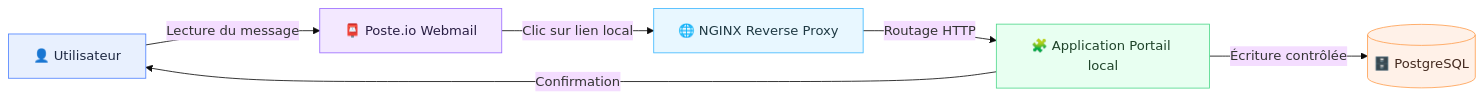
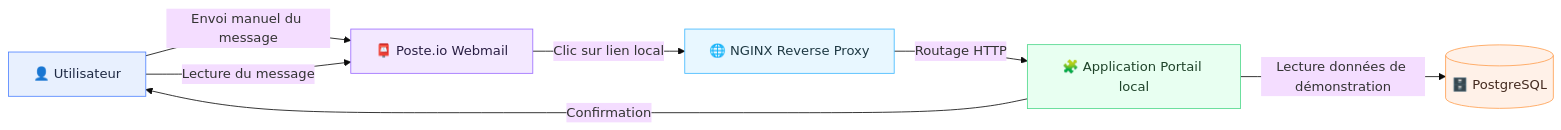
Before and after one commit to Alidrix/L_ATELIER: the first of 2 diagrams in README.md, drawn with Mermaid (base theme). The commit also changed other lines of this file and 7 other files, not shown here.

Commit message:
Add demo admin access and confirmation flow

````diff
--- a/README.md
+++ b/README.md
@@ -27,20 +27,21 @@
 ```mermaid
 flowchart LR
   classDef user fill:#E8F0FE,stroke:#4F83FF,color:#1F2A44;
   classDef mail fill:#F3E8FF,stroke:#9B6BFF,color:#2A1F44;
   classDef web fill:#E8F7FF,stroke:#3FB8FF,color:#1F3A44;
   classDef app fill:#E8FFF1,stroke:#4FD88B,color:#1F442A;
   classDef db fill:#FFF1E8,stroke:#FF9F4F,color:#442A1F;
 
   U[👤 Utilisateur]:::user
   M[📮 Poste.io Webmail]:::mail
   N[🌐 NGINX Reverse Proxy]:::web
   A[🧩 Application Portail local]:::app
   D[(🗄️ PostgreSQL)]:::db
 
+  U -->|Envoi manuel du message| M
   U -->|Lecture du message| M
   M -->|Clic sur lien local| N
   N -->|Routage HTTP| A
-  A -->|Écriture contrôlée| D
+  A -->|Lecture données de démonstration| D
   A -->|Confirmation| U
 ```
````
